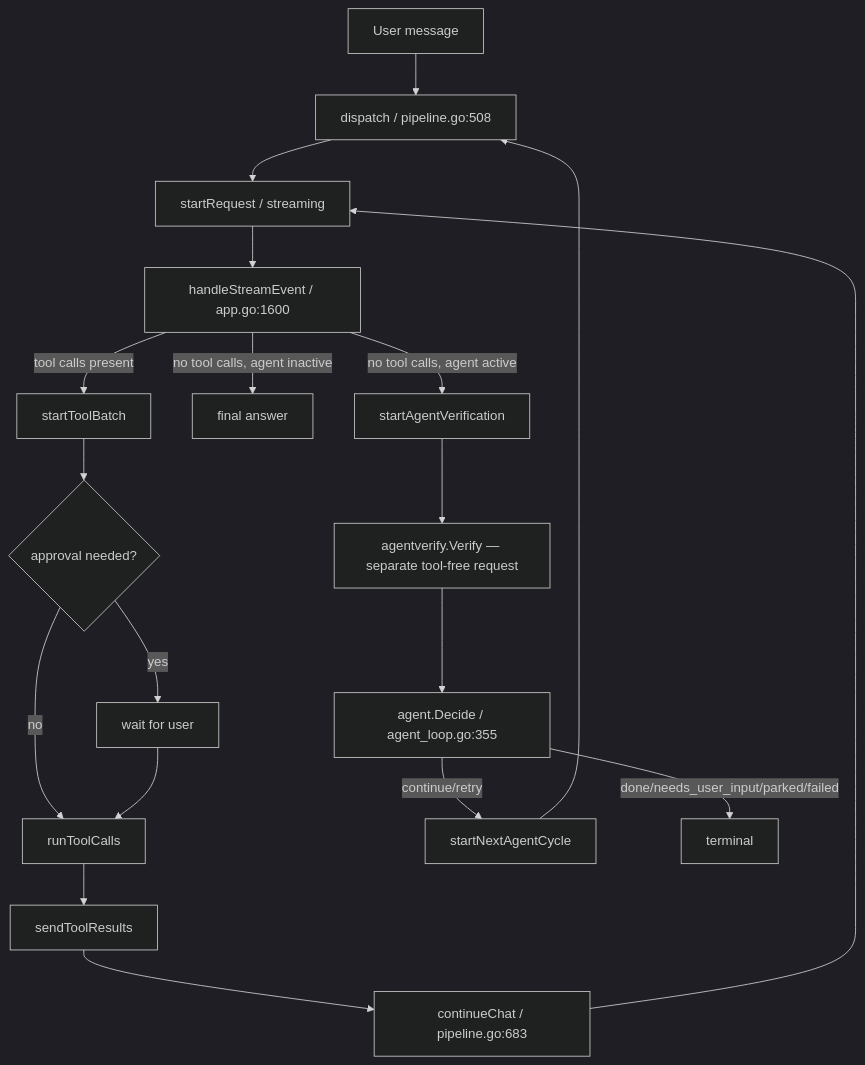
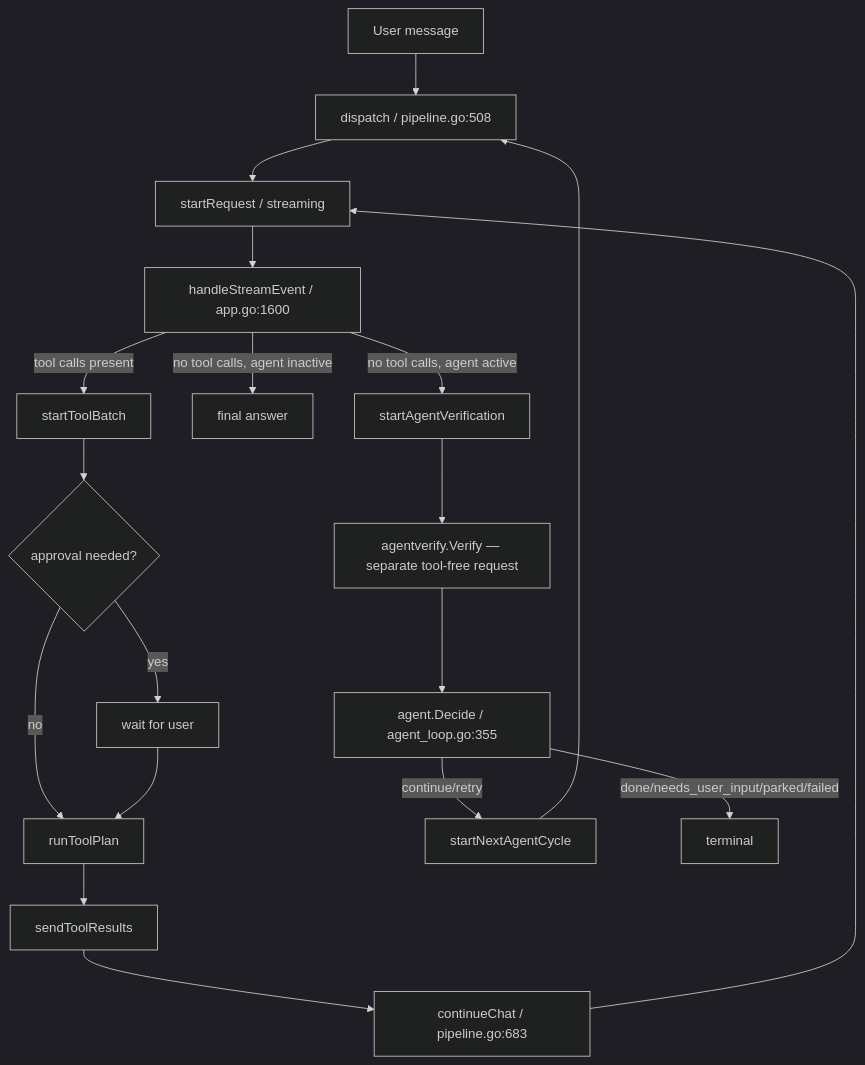
Before and after one commit to patrikcze/llmtui: the diagram in docs/architecture/v1-audit.md, drawn with Mermaid (dark theme). The commit also changed other lines of this file and 6 other files, not shown here.

````diff
--- a/docs/architecture/v1-audit.md
+++ b/docs/architecture/v1-audit.md
@@ -74,21 +74,21 @@
 ```mermaid
 flowchart TD
     U[User message] --> D[dispatch / pipeline.go:508]
     D --> SR[startRequest / streaming]
     SR --> HSE[handleStreamEvent / app.go:1600]
     HSE -->|tool calls present| STB[startToolBatch]
     STB --> APPROVE{approval needed?}
     APPROVE -->|yes| WAIT[wait for user]
-    APPROVE -->|no| RUN[runToolCalls]
+    APPROVE -->|no| RUN[runToolPlan]
     WAIT --> RUN
     RUN --> SEND[sendToolResults]
     SEND --> CC[continueChat / pipeline.go:683]
     CC --> SR
     HSE -->|no tool calls, agent inactive| DONE[final answer]
     HSE -->|no tool calls, agent active| SAV[startAgentVerification]
     SAV --> VER[agentverify.Verify — separate tool-free request]
     VER --> DEC[agent.Decide / agent_loop.go:355]
     DEC -->|continue/retry| NEXT[startNextAgentCycle]
     NEXT --> D
     DEC -->|done/needs_user_input/parked/failed| END[terminal]
 ```
````
